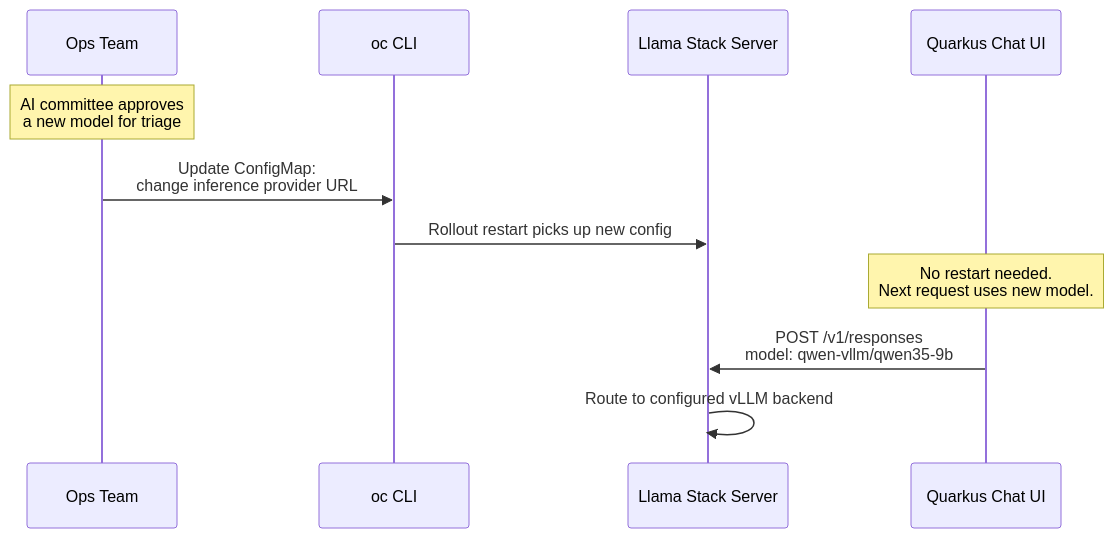
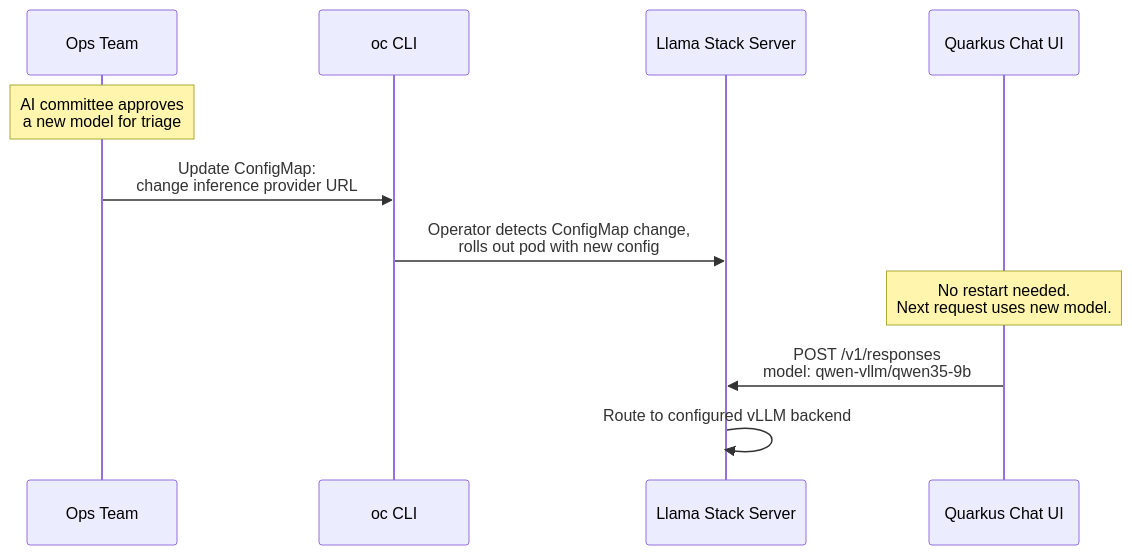
One commit to nikolaus-lemberski/openshift-agentic-ai changed the fourth of 5 diagrams in docs/architecture.md. Above: the diagram before and after it, drawn with Mermaid. The commit also changed other lines of this file and 16 other files, not shown here.

````diff
--- a/docs/architecture.md
+++ b/docs/architecture.md
@@ -263,17 +300,17 @@
 ```mermaid
 sequenceDiagram
     participant OpsTeam as Ops Team
     participant OC as oc CLI
     participant LSServer as Llama Stack Server
     participant QuarkusApp as Quarkus Chat UI
 
     Note over OpsTeam: AI committee approves<br/>a new model for triage
 
     OpsTeam->>OC: Update ConfigMap:<br/>change inference provider URL
-    OC->>LSServer: Rollout restart picks up new config
+    OC->>LSServer: Operator detects ConfigMap change,<br/>rolls out pod with new config
 
     Note over QuarkusApp: No restart needed.<br/>Next request uses new model.
 
     QuarkusApp->>LSServer: POST /v1/responses<br/>model: qwen-vllm/qwen35-9b
     LSServer->>LSServer: Route to configured vLLM backend
 ```
````
